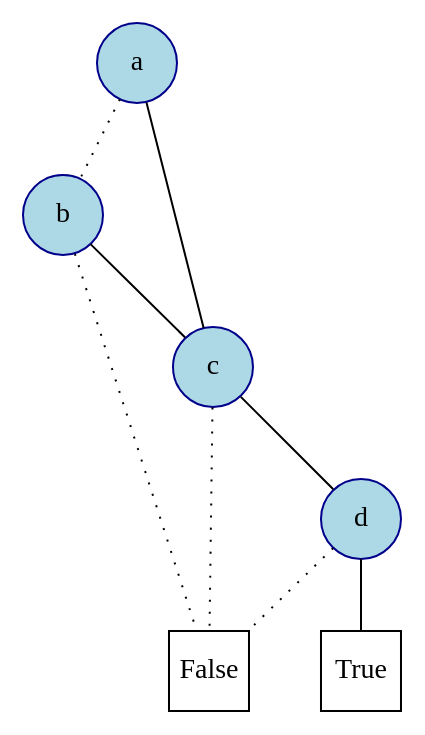
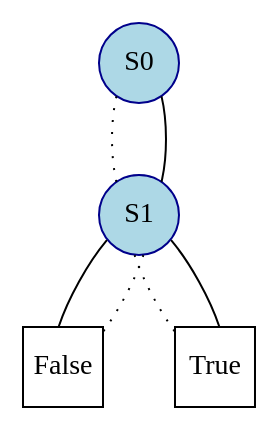
The diagram in src/graph/BDD.dot (VinayakaKS/VDSProject), drawn with Graphviz before and after one commit. The commit also changed 3 other files, not shown here.

```diff
--- a/src/graph/BDD.dot
+++ b/src/graph/BDD.dot
@@ -1,13 +1,11 @@
 graph BDD {
 	graph [ranksep=0.5, nodesep=0.5];
 	node [style=filled, fillcolor=lightblue, color=darkblue, shape=circle, fixedsize=true, height=0.55];
 	False,True	[shape=square, fillcolor=white, color=black];
-	a--b	[style = dotted];
-	a--c;
-	b--False	[style = dotted];
-	b--c;
-	c--False	[style = dotted];
-	c--d;
-	d--False	[style = dotted];
-	d--True;
+	S0--S1	[style = dotted];
+	S0--S1;
+	S1--True	[style = dotted];
+	S1--False;
+	S1--False	[style = dotted];
+	S1--True;
 }
```
